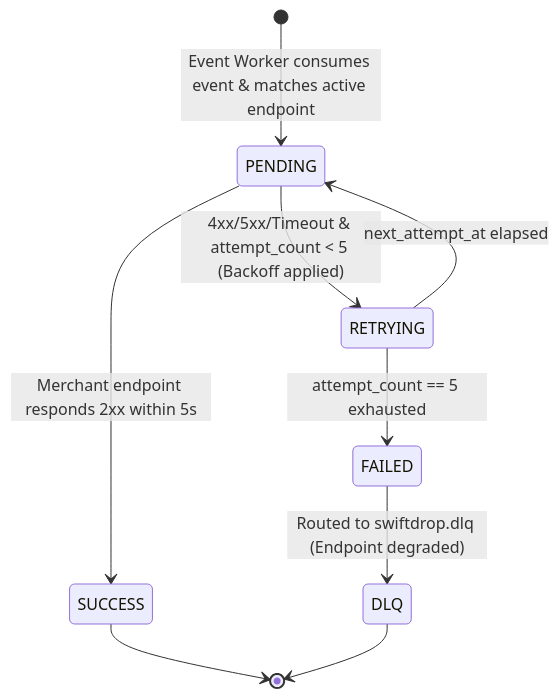
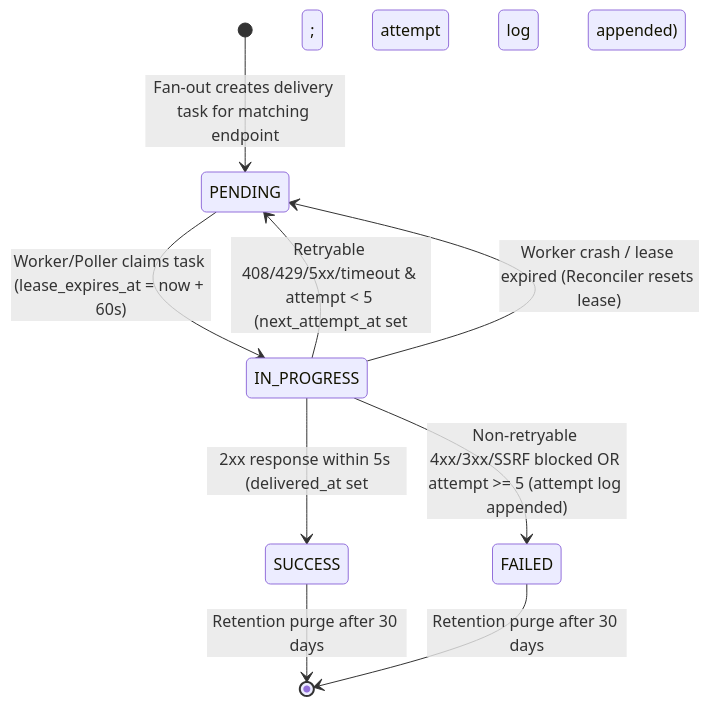
One commit to phantomTroupeEAD/SwiftDrop changed the second of 8 diagrams in docs/drafts/member-08-events-messaging/doc-02-functional-flows-and-business-rules.md. Above: the diagram before and after it, drawn with Mermaid. The commit also changed other lines of this file and 13 other files, not shown here.

````diff
--- a/docs/drafts/member-08-events-messaging/doc-02-functional-flows-and-business-rules.md
+++ b/docs/drafts/member-08-events-messaging/doc-02-functional-flows-and-business-rules.md
@@ -53,14 +54,13 @@
 ```mermaid
 stateDiagram-v2
-    [*] --> PENDING: Event Worker consumes event & matches active endpoint
+    [*] --> PENDING: Fan-out creates delivery task for matching endpoint
     
-    PENDING --> SUCCESS: Merchant endpoint responds 2xx within 5s
-    PENDING --> RETRYING: 4xx/5xx/Timeout & attempt_count < 5 (Backoff applied)
-    RETRYING --> PENDING: next_attempt_at elapsed
+    PENDING --> IN_PROGRESS: Worker/Poller claims task (lease_expires_at = now + 60s)
+    IN_PROGRESS --> SUCCESS: 2xx response within 5s (delivered_at set; attempt log appended)
+    IN_PROGRESS --> PENDING: Retryable 408/429/5xx/timeout & attempt < 5 (next_attempt_at set; attempt log appended)
+    IN_PROGRESS --> FAILED: Non-retryable 4xx/3xx/SSRF blocked OR attempt >= 5 (attempt log appended)
+    IN_PROGRESS --> PENDING: Worker crash / lease expired (Reconciler resets lease)
     
-    RETRYING --> FAILED: attempt_count == 5 exhausted
-    FAILED --> DLQ: Routed to swiftdrop.dlq (Endpoint degraded)
-    
-    SUCCESS --> [*]
-    DLQ --> [*]
+    SUCCESS --> [*]: Retention purge after 30 days
+    FAILED --> [*]: Retention purge after 30 days
 ```
````
